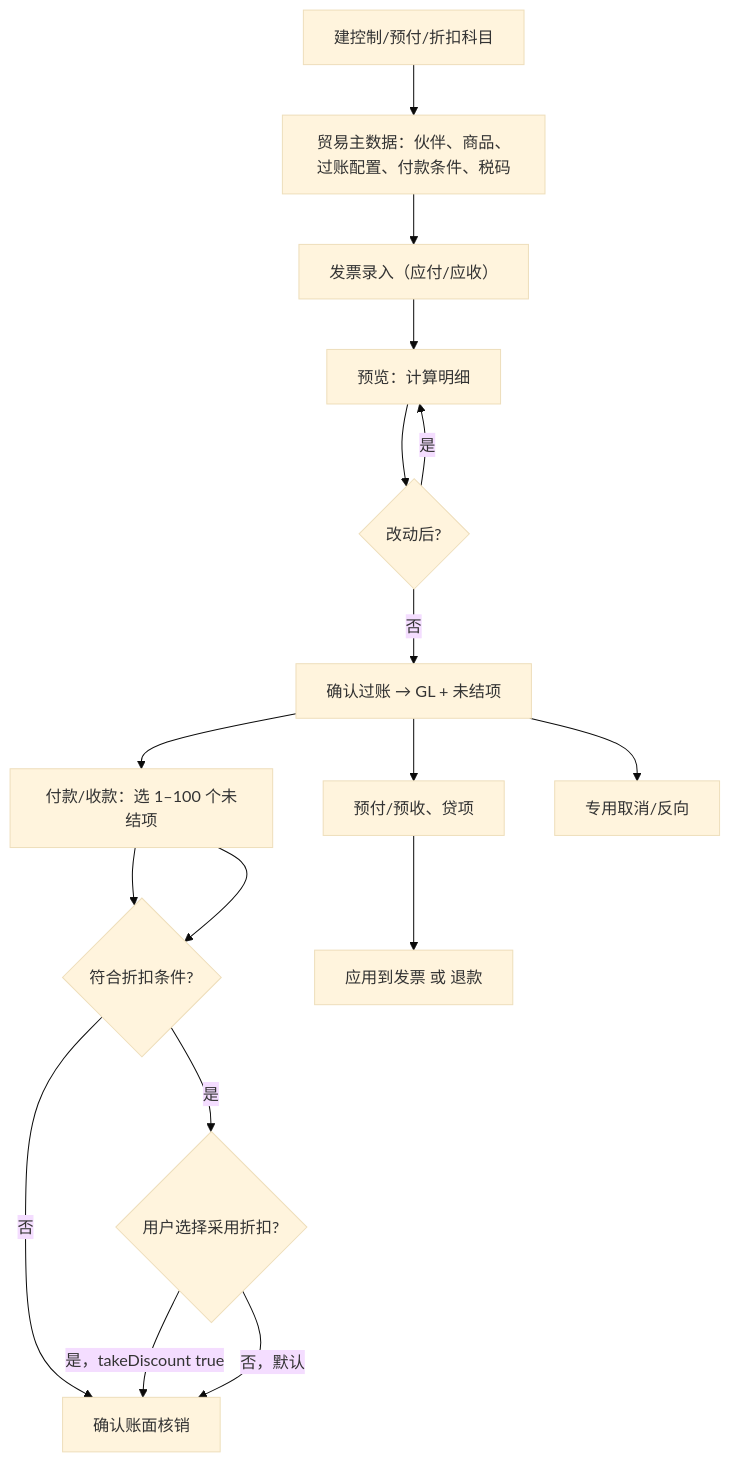
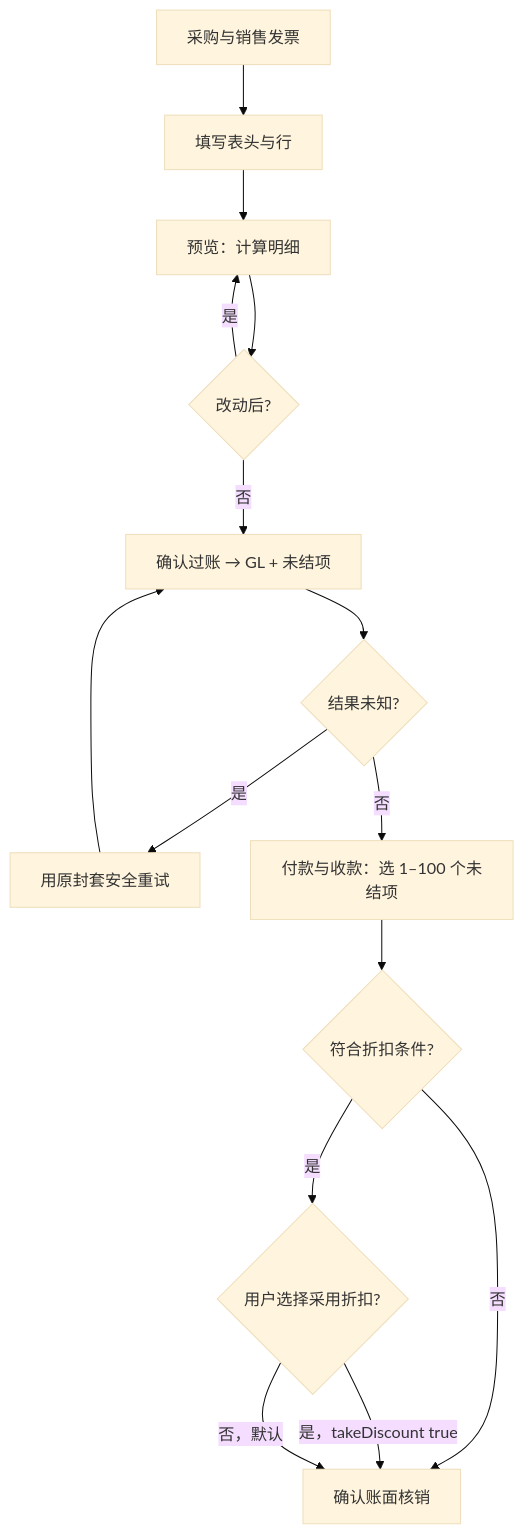
The second of 5 diagrams in docs/flows/trade-flow.md (lingshf/ai-native-erp), drawn with Mermaid (base theme) before and after one commit. The commit also changed other lines of this file and 26 other files, not shown here.

Commit message:
docs: prepare v0.2.0 release (CHANGELOG, user docs, flows, demo, release notes, sprint review)

````diff
--- a/docs/flows/trade-flow.md
+++ b/docs/flows/trade-flow.md
@@ -3,19 +24,17 @@
 ```mermaid
 flowchart TD
-  S0["建控制/预付/折扣科目"] --> M["贸易主数据：伙伴、商品、过账配置、付款条件、税码"]
-  M --> I["发票录入（应付/应收）"]
-  I --> IP["预览：计算明细"]
-  IP --> IC{"改动后?"}
-  IC -- 是 --> IP
-  IC -- 否 --> IO["确认过账 → GL + 未结项"]
-  IO --> ST["付款/收款：选 1–100 个未结项"]
-  ST --> SD{"符合折扣?"}
-  ST --> SD{"符合折扣条件?"}
-  SD -- 否 --> SC["确认账面核销"]
-  SD -- 是 --> SU{"用户选择采用折扣?"}
-  SU -- 是，takeDiscount true --> SC
-  SU -- 否，默认 --> SC
-  IO --> AD["预付/预收、贷项"]
-  AD --> AP["应用到发票 或 退款"]
-  IO --> CX["专用取消/反向"]
+  S["采购与销售发票"] --> P["填写表头与行"]
+  P --> V["预览：计算明细"]
+  V --> Q{"改动后?"}
+  Q -- 是 --> V
+  Q -- 否 --> O["确认过账 → GL + 未结项"]
+  O --> U{"结果未知?"}
+  U -- 是 --> R["用原封套安全重试"]
+  R --> O
+  U -- 否 --> T["付款与收款：选 1–100 个未结项"]
+  T --> W{"符合折扣条件?"}
+  W -- 否 --> X["确认账面核销"]
+  W -- 是 --> Y{"用户选择采用折扣?"}
+  Y -- 是，takeDiscount true --> X
+  Y -- 否，默认 --> X
 ```
````
